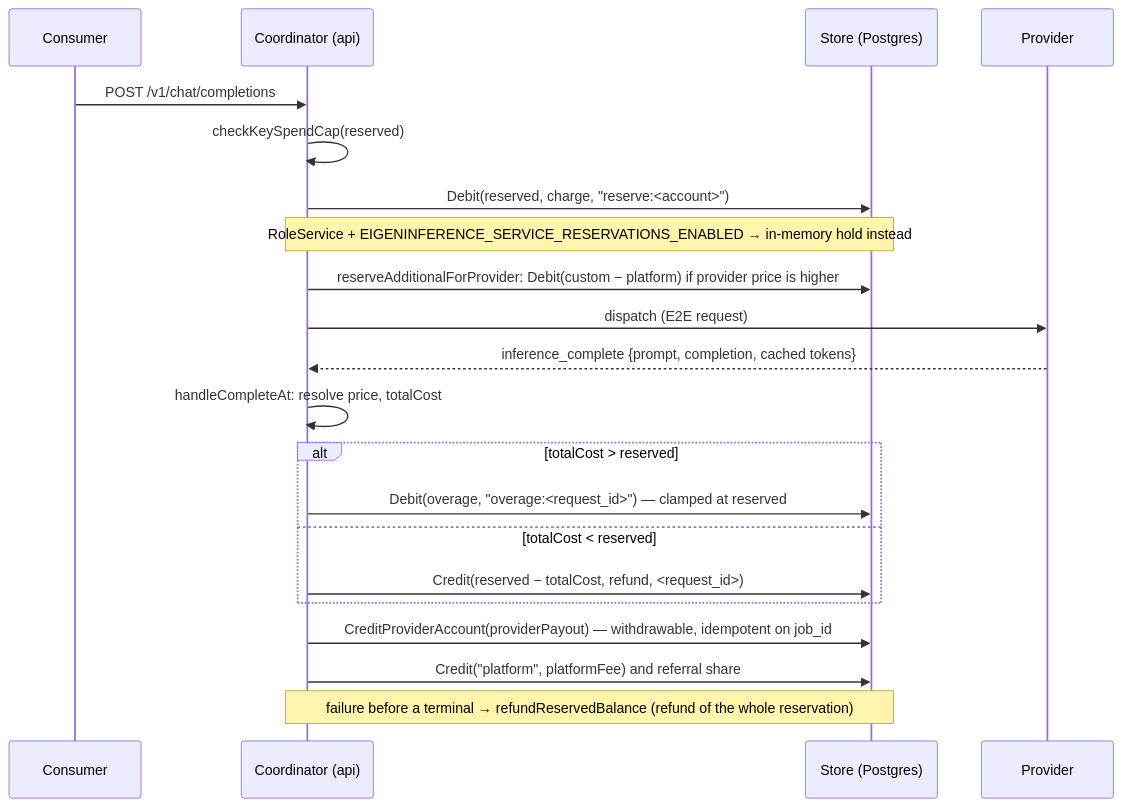
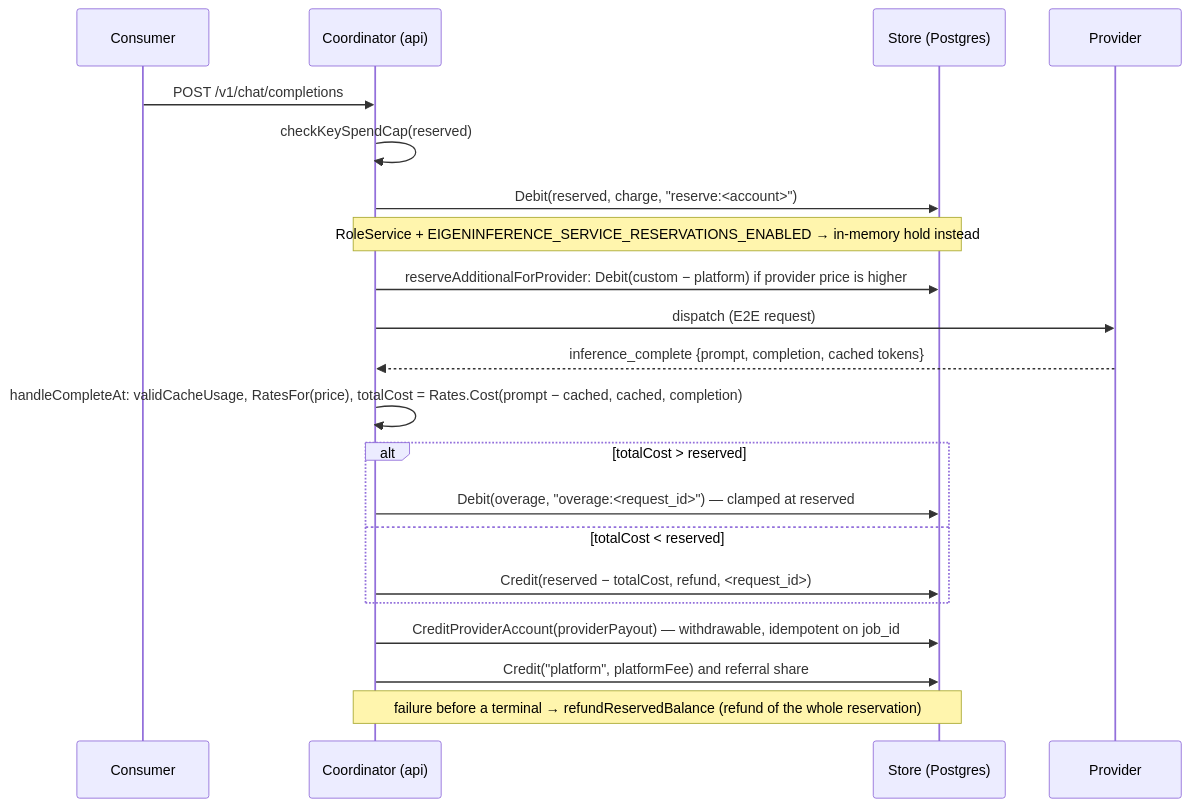
Before and after one commit to Gajesh2007/d-inference: the diagram in docs/architecture/billing.md, drawn with Mermaid. The commit also changed other lines of this file and 84 other files, not shown here.

First line of the commit message:
feat(billing): cached prompt pricing (#883)

````diff
--- a/docs/architecture/billing.md
+++ b/docs/architecture/billing.md
@@ -56,23 +56,23 @@
 ```mermaid
 sequenceDiagram
   participant C as Consumer
   participant A as Coordinator (api)
   participant S as Store (Postgres)
   participant P as Provider
   C->>A: POST /v1/chat/completions
   A->>A: checkKeySpendCap(reserved)
   A->>S: Debit(reserved, charge, "reserve:<account>")
   Note over A,S: RoleService + EIGENINFERENCE_SERVICE_RESERVATIONS_ENABLED → in-memory hold instead
   A->>S: reserveAdditionalForProvider: Debit(custom − platform) if provider price is higher
   A->>P: dispatch (E2E request)
   P-->>A: inference_complete {prompt, completion, cached tokens}
-  A->>A: handleCompleteAt: resolve price, totalCost
+  A->>A: handleCompleteAt: validCacheUsage, RatesFor(price), totalCost = Rates.Cost(prompt − cached, cached, completion)
   alt totalCost > reserved
     A->>S: Debit(overage, "overage:<request_id>") — clamped at reserved
   else totalCost < reserved
     A->>S: Credit(reserved − totalCost, refund, <request_id>)
   end
   A->>S: CreditProviderAccount(providerPayout) — withdrawable, idempotent on job_id
   A->>S: Credit("platform", platformFee) and referral share
   Note over A,S: failure before a terminal → refundReservedBalance (refund of the whole reservation)
 ```
````
